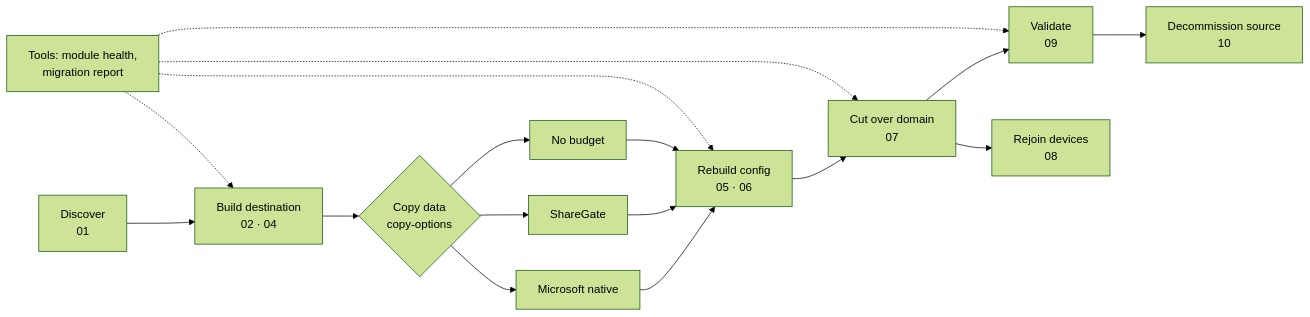
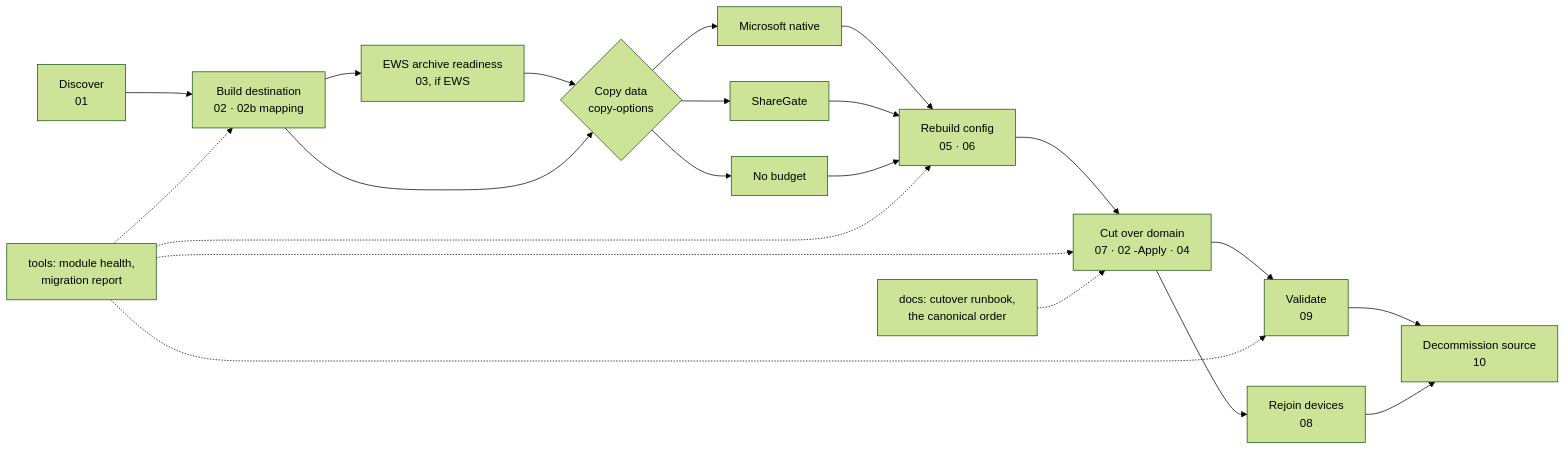
One commit to mezbauddin/M365-PreMigration-Inventory changed the diagram in README.md. Above: the diagram before and after it, drawn with Mermaid (forest theme). The commit also changed other lines of this file and 39 other files, not shown here.

````diff
--- a/README.md
+++ b/README.md
@@ -13,14 +20,18 @@
 ```mermaid
 flowchart LR
-    D[Discover<br/>01] --> B[Build destination<br/>02 · 04]
-    B --> C{Copy data<br/>copy-options}
+    D[Discover<br/>01] --> B[Build destination<br/>02 · 02b mapping]
+    B --> E[EWS archive readiness<br/>03, if EWS]
+    E --> C{Copy data<br/>copy-options}
+    B --> C
     C --> A[Microsoft native]
     C --> S[ShareGate]
     C --> N[No budget]
     A & S & N --> M[Rebuild config<br/>05 · 06]
-    M --> X[Cut over domain<br/>07]
+    M --> X[Cut over domain<br/>07 · 02 -Apply · 04]
     X --> V[Validate<br/>09]
     X --> DV[Rejoin devices<br/>08]
     V --> R[Decommission source<br/>10]
-    T[Tools: module health,<br/>migration report] -.-> B & M & X & V
+    DV --> R
+    T[tools: module health,<br/>migration report] -.-> B & M & X & V
+    RB[docs: cutover runbook,<br/>the canonical order] -.-> X
 ```
````
